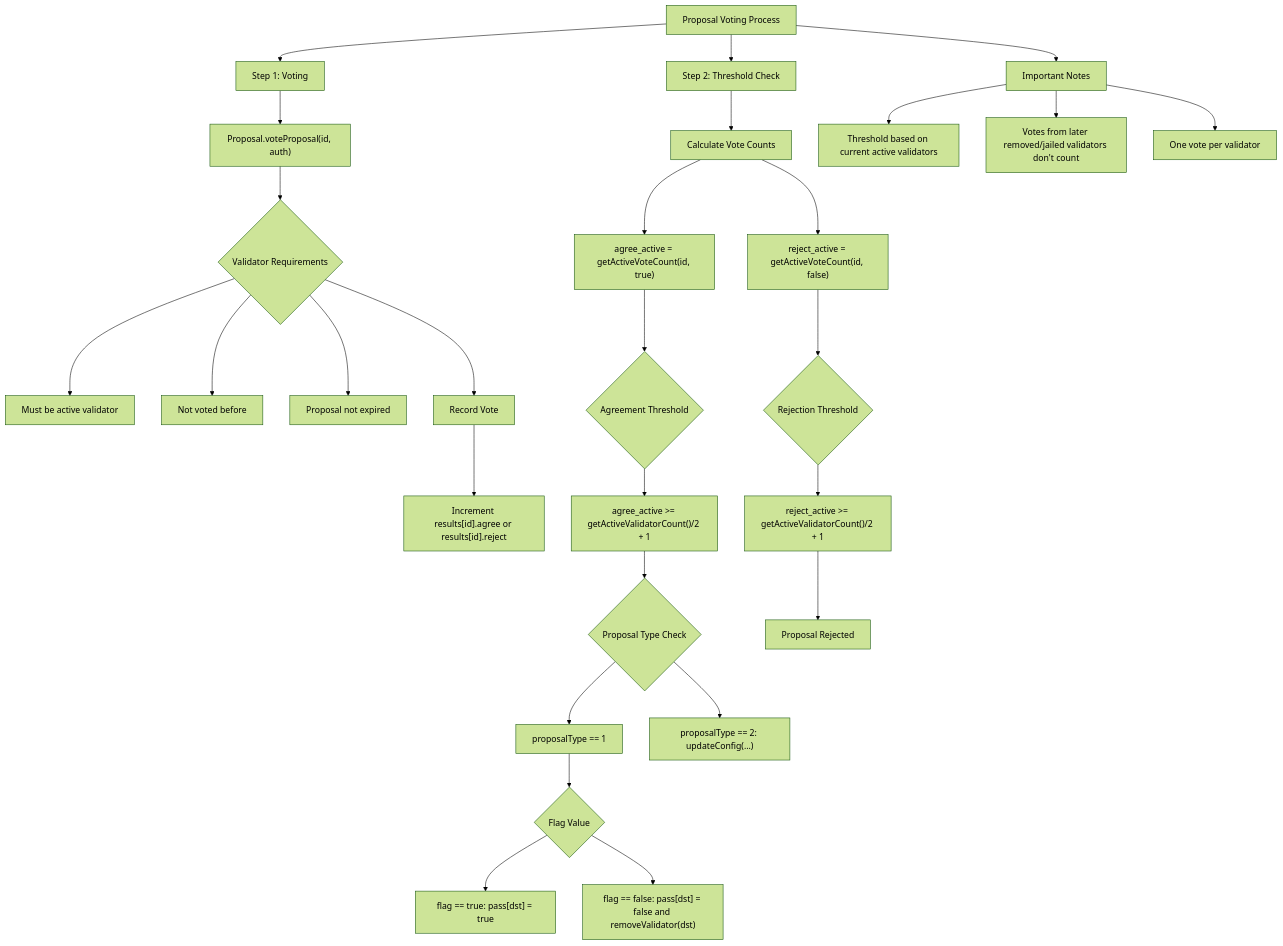
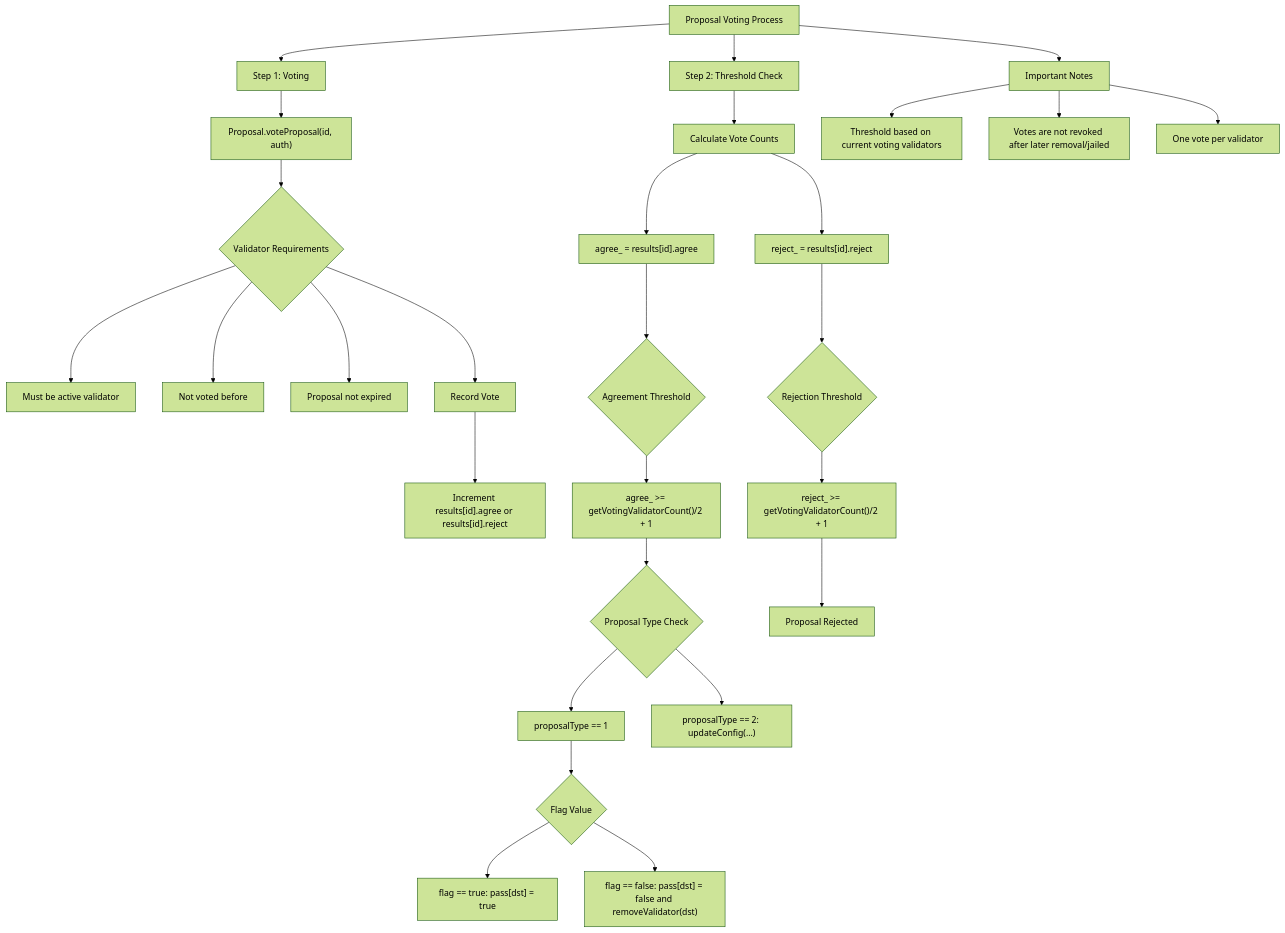
One commit to juchain-network/chain-contract changed the second of 13 diagrams in docs/posa-tech-spec.md. Above: the diagram before and after it, drawn with Mermaid (forest theme). The commit also changed other lines of this file and 8 other files, not shown here.

````diff
--- a/docs/posa-tech-spec.md
+++ b/docs/posa-tech-spec.md
@@ -563,34 +570,34 @@
 ```mermaid
 graph TD
     A[Proposal Voting Process] --> B[Step 1: Voting]
     B --> C[Proposal.voteProposal#40;id, auth#41;]
     C --> D{Validator Requirements}
     D --> E[Must be active validator]
     D --> F[Not voted before]
     D --> G[Proposal not expired]
     D --> H[Record Vote]
     H --> I[Increment results#91;id#93;.agree or results#91;id#93;.reject]
     
     A --> J[Step 2: Threshold Check]
     J --> K[Calculate Vote Counts]
-    K --> L[agree#95;active = getActiveVoteCount#40;id, true#41;]
-    K --> M[reject#95;active = getActiveVoteCount#40;id, false#41;]
+    K --> L[agree#95; = results#91;id#93;.agree]
+    K --> M[reject#95; = results#91;id#93;.reject]
     
     L --> N{Agreement Threshold}
-    N --> O[agree#95;active #62;= getActiveValidatorCount#40;#41;/2 + 1]
+    N --> O[agree#95; #62;= getVotingValidatorCount#40;#41;/2 + 1]
     O --> P{Proposal Type Check}
     P --> Q[proposalType == 1]
     Q --> R{Flag Value}
     R --> S[flag == true: pass#91;dst#93; = true]
     R --> T[flag == false: pass#91;dst#93; = false and removeValidator#40;dst#41;]
     P --> U[proposalType == 2: updateConfig#40;...#41;]
     
     M --> V{Rejection Threshold}
-    V --> W[reject#95;active #62;= getActiveValidatorCount#40;#41;/2 + 1]
+    V --> W[reject#95; #62;= getVotingValidatorCount#40;#41;/2 + 1]
     W --> X[Proposal Rejected]
     
     A --> Y[Important Notes]
-    Y --> Z[Threshold based on current active validators]
-    Y --> AA[Votes from later removed/jailed validators don't count]
+    Y --> Z[Threshold based on current voting validators]
+    Y --> AA[Votes are not revoked after later removal/jailed]
     Y --> AB[One vote per validator]
 ```
````
